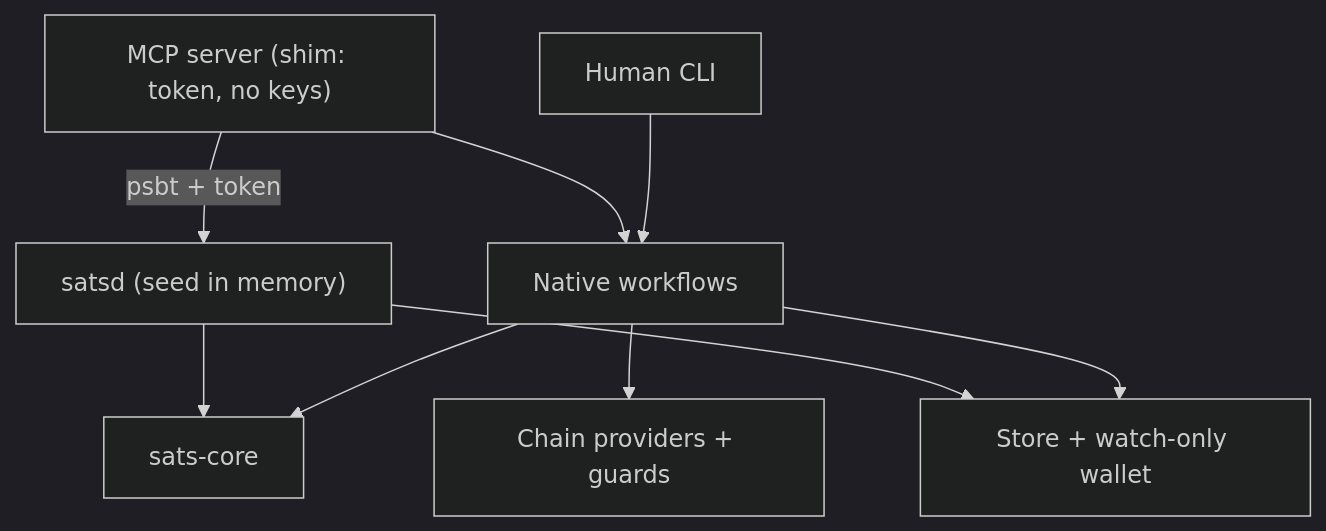
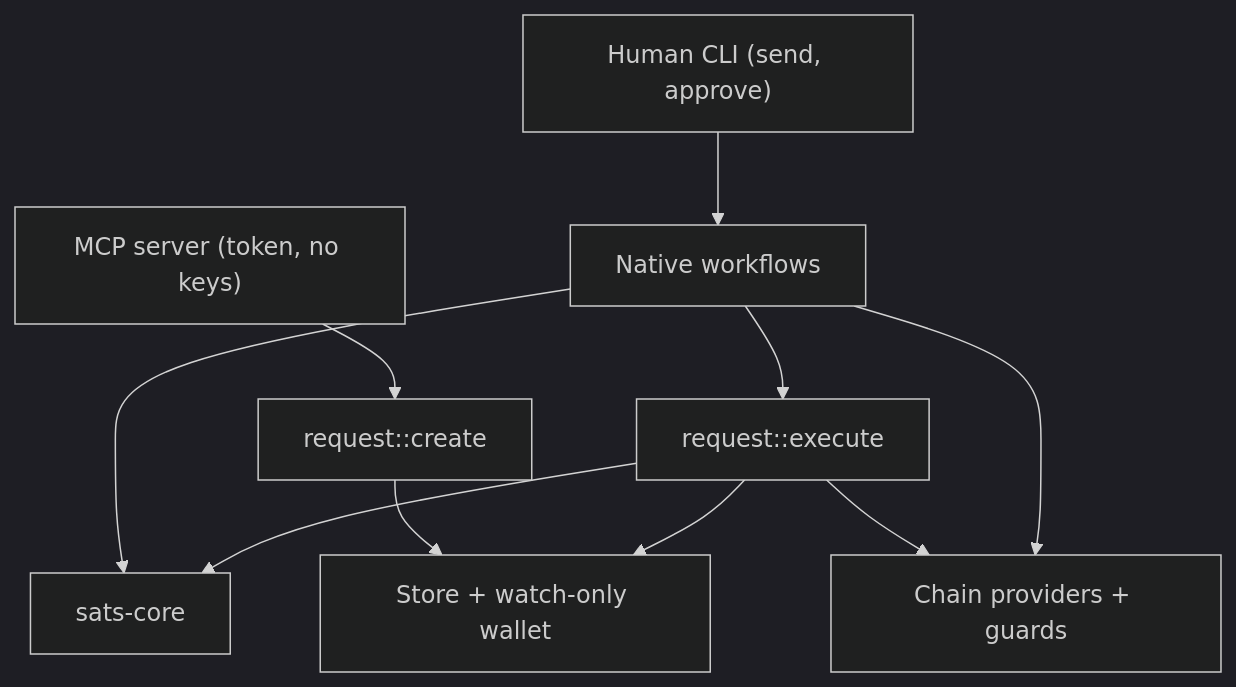
The first of 4 diagrams in docs/architecture.md (idemresearch/sats), drawn with Mermaid (dark theme) before and after one commit. The commit also changed other lines of this file and 46 other files, not shown here.

````diff
--- a/docs/architecture.md
+++ b/docs/architecture.md
@@ -12,11 +12,12 @@
 ```mermaid
 flowchart TD
-    CLI["Human CLI"] --> Native["Native workflows"]
-    MCP["MCP server (shim: token, no keys)"] --> Native
+    CLI["Human CLI (send, approve)"] --> Native["Native workflows"]
+    MCP["MCP server (token, no keys)"] --> Requests["request::create"]
+    Requests --> State["Store + watch-only wallet"]
+    Native --> Exec["request::execute"]
     Native --> Core["sats-core"]
-    Native --> State["Store + watch-only wallet"]
-    Native --> Providers["Chain providers + guards"]
-    MCP -->|"psbt + token"| Daemon["satsd (seed in memory)"]
-    Daemon --> Core
-    Daemon --> State
+    Exec --> Core
+    Exec --> State
+    Exec --> Providers["Chain providers + guards"]
+    Native --> Providers
 ```
````
